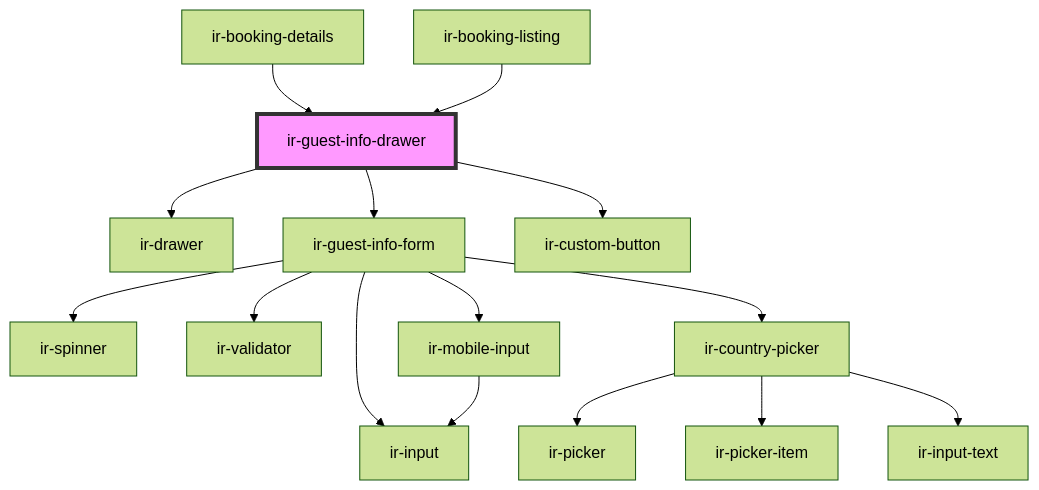
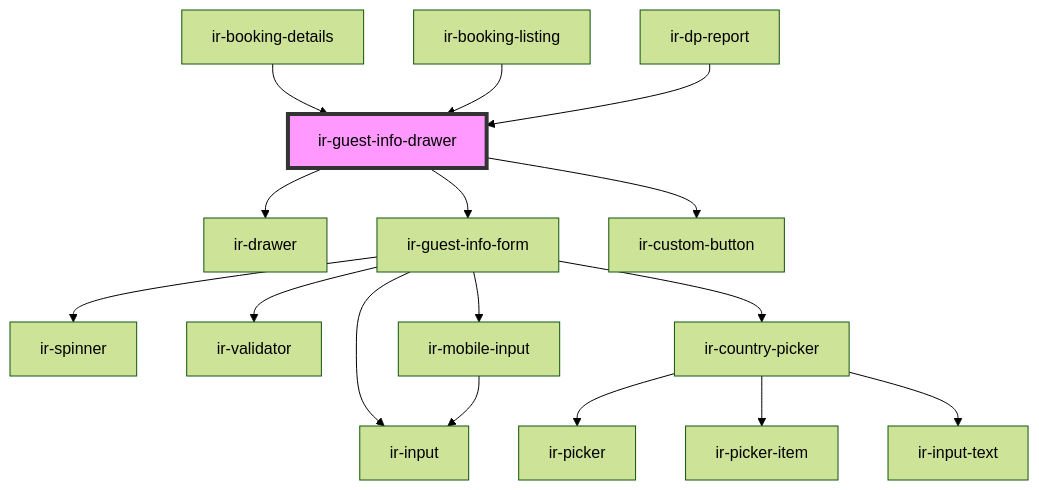
The diagram in src/components/ir-guest-info/ir-guest-info-drawer/readme.md (RonyRizk/ir-webcmp), drawn with Mermaid (forest theme) before and after one commit. The commit also changed other lines of this file and 107 other files, not shown here.

````diff
--- a/src/components/ir-guest-info/ir-guest-info-drawer/readme.md
+++ b/src/components/ir-guest-info/ir-guest-info-drawer/readme.md
@@ -42,18 +43,19 @@
 ```mermaid
 graph TD;
   ir-guest-info-drawer --> ir-drawer
   ir-guest-info-drawer --> ir-guest-info-form
   ir-guest-info-drawer --> ir-custom-button
   ir-guest-info-form --> ir-spinner
   ir-guest-info-form --> ir-validator
   ir-guest-info-form --> ir-input
   ir-guest-info-form --> ir-country-picker
   ir-guest-info-form --> ir-mobile-input
   ir-country-picker --> ir-picker
   ir-country-picker --> ir-picker-item
   ir-country-picker --> ir-input-text
   ir-mobile-input --> ir-input
   ir-booking-details --> ir-guest-info-drawer
   ir-booking-listing --> ir-guest-info-drawer
+  ir-dp-report --> ir-guest-info-drawer
   style ir-guest-info-drawer fill:#f9f,stroke:#333,stroke-width:4px
 ```
````
